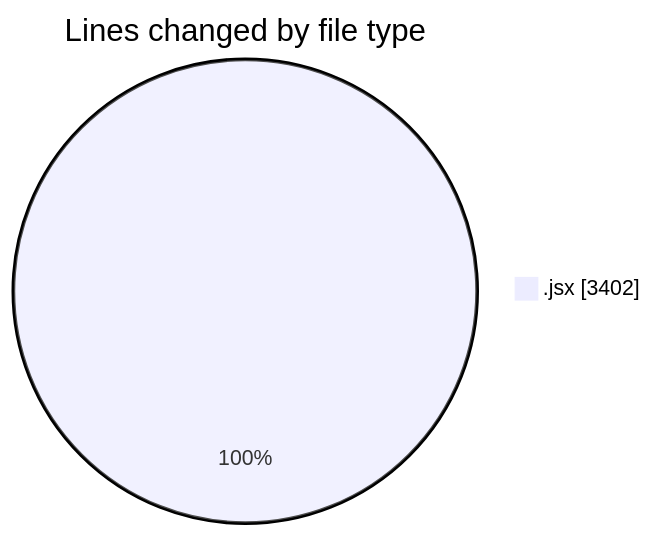
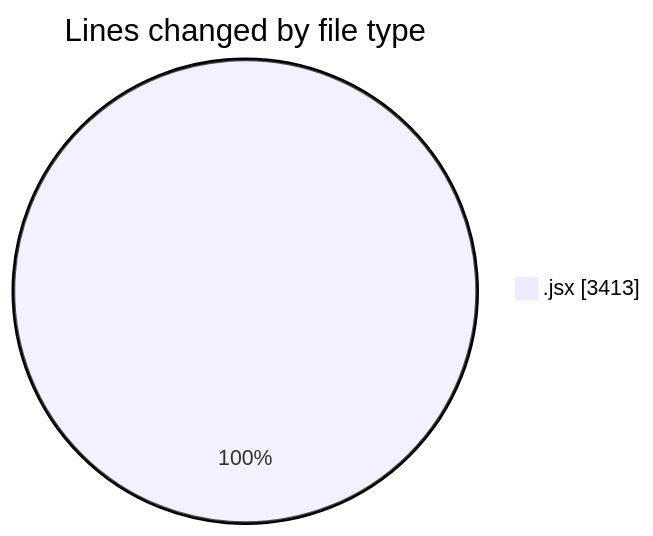
Before and after one commit to nxtqubesakshisongat/code-tracking: the first of 2 diagrams in 2025-06-16/nxtqube_webapp/README.md, drawn with Mermaid. The commit also changed other lines of this file and 1 other file, not shown here.

````diff
--- a/2025-06-16/nxtqube_webapp/README.md
+++ b/2025-06-16/nxtqube_webapp/README.md
@@ -22,5 +22,5 @@
 ```mermaid
 pie showData
 title Lines changed by file type
-".jsx" : 3402
+".jsx" : 3413
 ```
````
